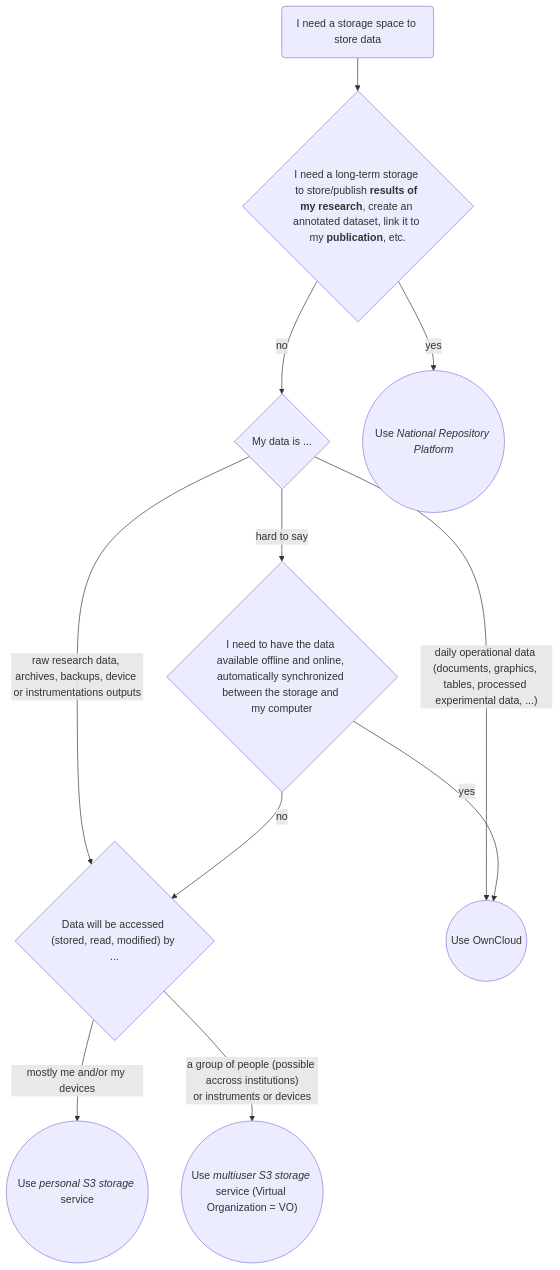
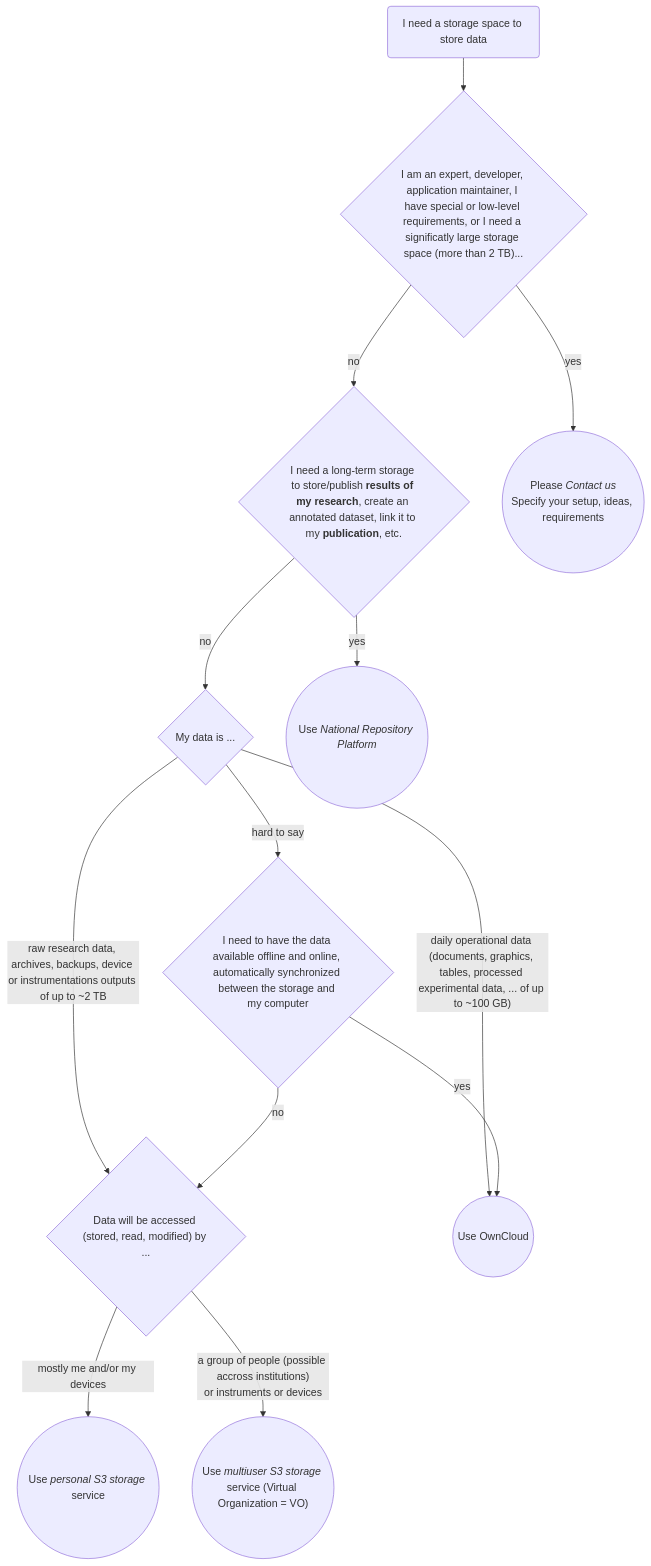
Before and after one commit to CESNET/du-docs: the diagram in content/docs/fast-track/fast-track.mdx, drawn with Mermaid.

Commit message:
update fast-track, tune the flowchart

````diff
--- a/content/docs/fast-track/fast-track.mdx
+++ b/content/docs/fast-track/fast-track.mdx
@@ -11,49 +11,52 @@
 ```mermaid
 flowchart TB
 %%    A{("`Start`")
     A("`I need a storage space to store data`")
 %%    B{"`I need a storage space to store data`"}
 %%    C["`Think again`"]
     D{"`I need a long-term storage to store/publish **results of my research**, create an annotated dataset, link it to my **publication**, etc.`"}
     M{"`My data is ...`"}
     E(("`Use *National Repository Platform*`"))
-%%    F{"`I am an expert/developer/application maintainer, I undrestand principles of S3/RBD and I know what I need`"}
+    F{"`I am an expert, developer, application maintainer, I have special or low-level requirements, or I need a significatly large storage space (more than 2 TB)...`"}
 %%    G{"`I need your help or assistance`"}
 %%    H{"`I have studied *S3 use cases* and/or *RBD use cases* and I know what I need`"}
 %%    I{"`I have special needs that are worth spending time on solving various technical difficulties`"}
-%%    J(("`*Contact us* Specify your setup and ideas / requirements`"))
+    J(("`Please *Contact us*<br/>Specify your setup, ideas, requirements`"))
 %%    K(("`*Great!* Just go ahead!`"))
 %%    L["`Let's try easy options firts, it may save you a lot of time`"]
     N{"`I need to have the data available offline and online, automatically synchronized between the storage and my computer`"}
 %%    O{"`I may need to share some of the data with a couple of colleagues here or there`"}
     P{"`Data will be accessed (stored, read, modified) by ...`"}
     Q(("`Use OwnCloud`"))
 %%    R(("`Well...`"))
     S(("`Use *personal S3 storage* service`"))
     T(("`Use *multiuser S3 storage* service (Virtual Organization = VO)`"))
 
     click E "https://docs.nrp.eosc.cz/" "NRP"
 %%    click G "../introduction/support" "Support Page"
 %%    click H "../object-storage-s3/s3-use-cases" "S4 Use Cases"
+    click J "../introduction/support" "Support Page"
     click Q "../fast-track#owncloud" "Fast-track Instructions Owncloud"
     click S "../fast-track#personal-s3" "Fast-track Instructions S3 Personal"
 %%    click R "https://www.storelocal.com/blogs/the-philosophy-of-storing-10-storage-features-to-enlighten-your-load/" "To Be Or Not To Be"
 
 %%    A --> B
-      A --> D
+      A --> F
+      F -->|yes| J
+      F -->|no| D
 %%    B -->|no| C
 %%    C --> B
 %%    B -->|yes| D
     D -->|yes| E
     D -->|no| M
-    M -->|"daily operational data (documents, graphics, tables, processed experimental data, ...)"| Q
-    M -->|raw research data, archives, backups, device or instrumentations outputs| P
+    M -->|"daily operational data (documents, graphics, tables, processed experimental data, ... of up to ~100 GB)"| Q
+    M -->|raw research data, archives, backups, device or instrumentations outputs of up to ~2 TB| P
     M -->|hard to say| N
 %%   N -->|I do not care| O
     N -->|yes| Q
     N -->|no| P
 %%    O -->|perhaps| Q
 %%    O -->|I do not know| R
     P -->|mostly me and/or my devices| S
     P -->|"`a group of people (possible accross institutions)<br/>or instruments or devices`"| T
 ```
````
